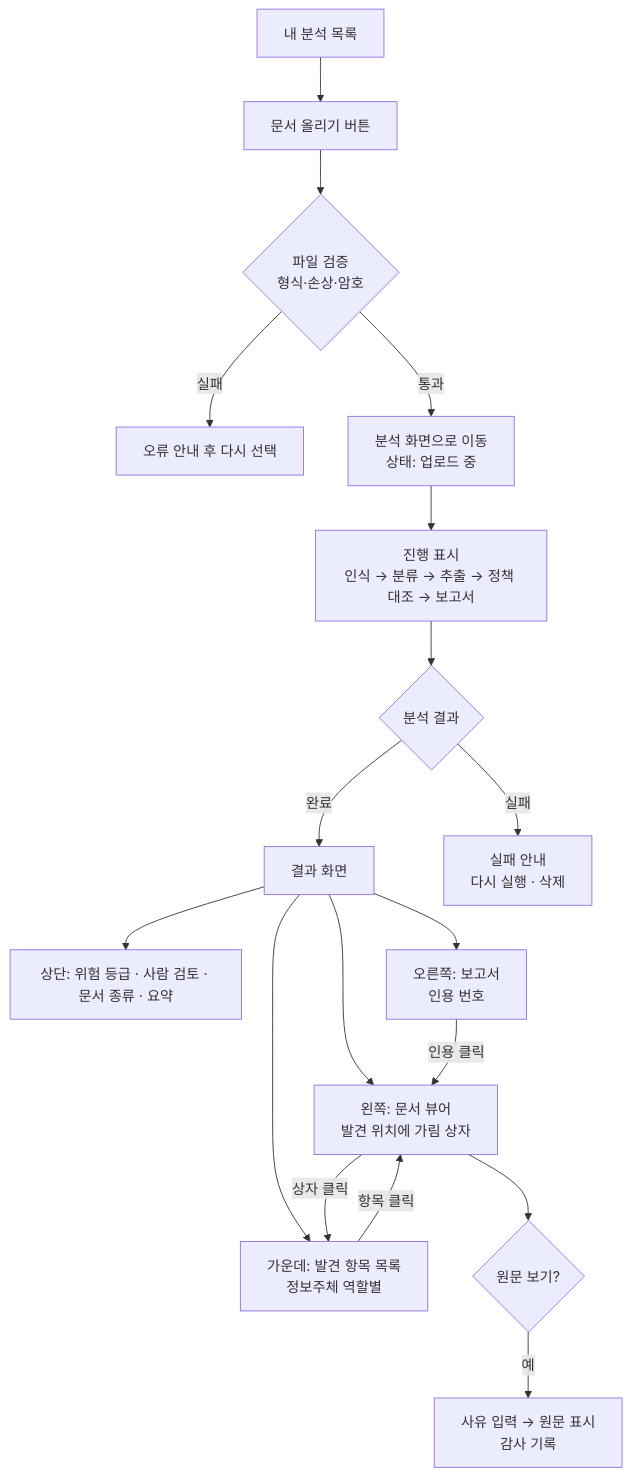
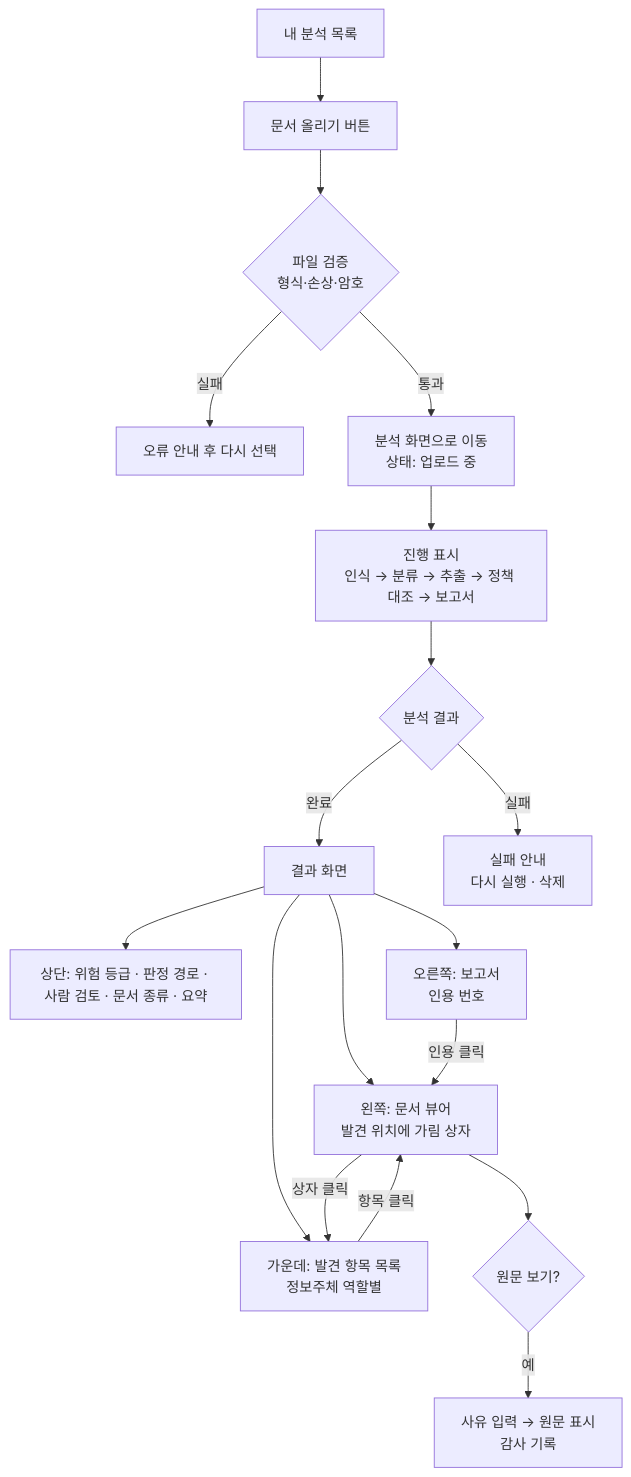
The first of 5 diagrams in docs/USER_FLOW.md (jinsu47/imbank-docguard), drawn with Mermaid before and after one commit. The commit also changed 20 other files, not shown here.

````diff
--- a/docs/USER_FLOW.md
+++ b/docs/USER_FLOW.md
@@ -13,20 +13,20 @@
 ```mermaid
 flowchart TD
     A[내 분석 목록] --> B[문서 올리기 버튼]
     B --> C{파일 검증<br/>형식·손상·암호}
     C -- 실패 --> C1[오류 안내 후 다시 선택]
     C -- 통과 --> D[분석 화면으로 이동<br/>상태: 업로드 중]
     D --> E[진행 표시<br/>인식 → 분류 → 추출 → 정책 대조 → 보고서]
     E --> F{분석 결과}
     F -- 완료 --> G[결과 화면]
     F -- 실패 --> F1[실패 안내<br/>다시 실행 · 삭제]
-    G --> H[상단: 위험 등급 · 사람 검토 · 문서 종류 · 요약]
+    G --> H[상단: 위험 등급 · 판정 경로 · 사람 검토 · 문서 종류 · 요약]
     G --> I[왼쪽: 문서 뷰어<br/>발견 위치에 가림 상자]
     G --> J[가운데: 발견 항목 목록<br/>정보주체 역할별]
     G --> K[오른쪽: 보고서<br/>인용 번호]
     J -- 항목 클릭 --> I
     K -- 인용 클릭 --> I
     I -- 상자 클릭 --> J
     I --> L{원문 보기?}
     L -- 예 --> L1[사유 입력 → 원문 표시<br/>감사 기록]
 ```
````
